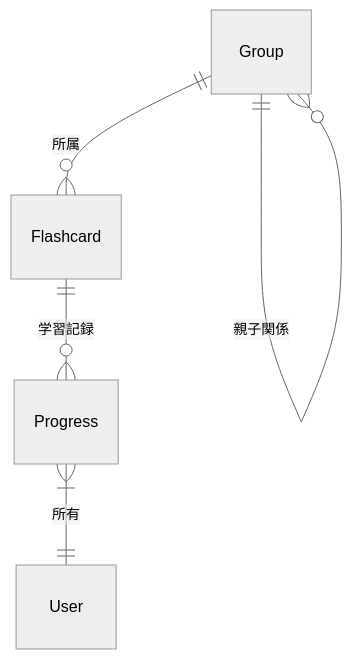
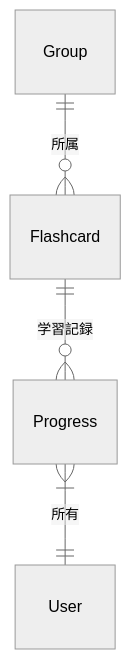
One commit to hnishi/oboeru-card changed the diagram in doc/data-model.md. Above: the diagram before and after it, drawn with Mermaid (neutral theme). The commit also changed other lines of this file and 1 other file, not shown here.

````diff
--- a/doc/data-model.md
+++ b/doc/data-model.md
@@ -65,7 +65,6 @@
 ```mermaid
 erDiagram
-    Group ||--o{ Group : "親子関係"
     Group ||--o{ Flashcard : "所属"
     Flashcard ||--o{ Progress : "学習記録"
     Progress }|--|| User : "所有"
 ```
````
